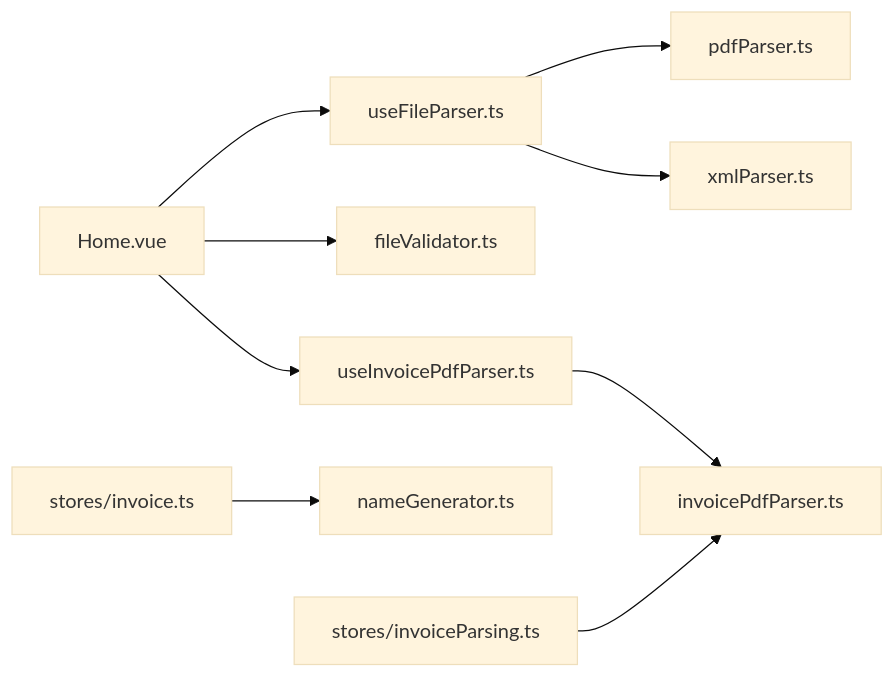
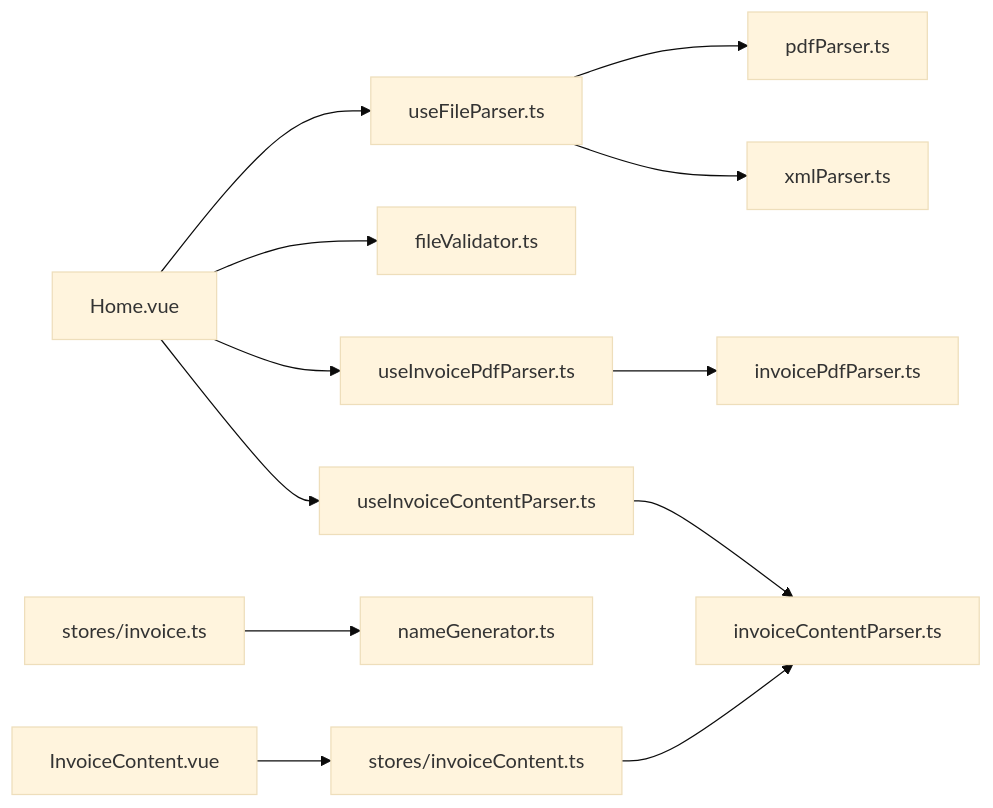
The third of 3 diagrams in .qoder/repowiki/zh/content/核心工具函数/核心工具函数.md (dunhuixiao/FinanceTools), drawn with Mermaid (base theme) before and after one commit. The commit also changed other lines of this file and 20 other files, not shown here.

````diff
--- a/.qoder/repowiki/zh/content/核心工具函数/核心工具函数.md
+++ b/.qoder/repowiki/zh/content/核心工具函数/核心工具函数.md
@@ -437,11 +549,14 @@
 ```mermaid
 graph LR
 Home["Home.vue"] --> UFP["useFileParser.ts"]
 Home --> FV["fileValidator.ts"]
+Home --> UIP["useInvoicePdfParser.ts"]
+Home --> UICP["useInvoiceContentParser.ts"]
 UFP --> PDFU["pdfParser.ts"]
 UFP --> XMLU["xmlParser.ts"]
-Home --> UIP["useInvoicePdfParser.ts"]
 UIP --> IPP["invoicePdfParser.ts"]
+UICP --> ICP["invoiceContentParser.ts"]
 Store1["stores/invoice.ts"] --> NG["nameGenerator.ts"]
-Store2["stores/invoiceParsing.ts"] --> IPP
+Store2["stores/invoiceContent.ts"] --> ICP
+InvoiceContent["InvoiceContent.vue"] --> Store2
 ```
````
